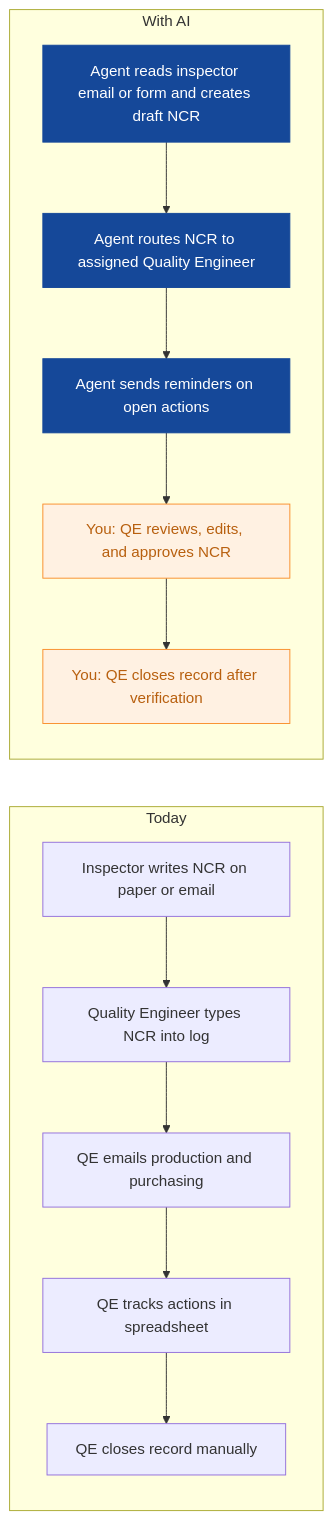
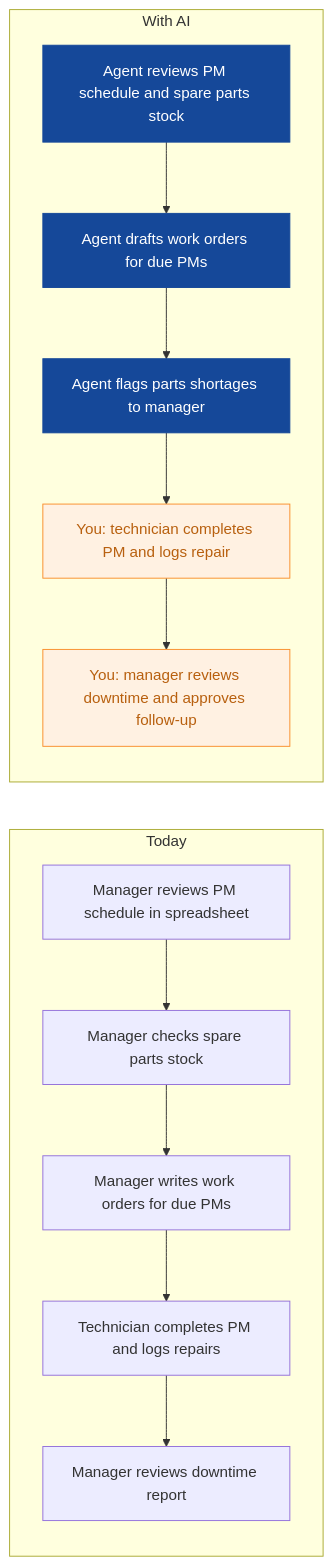
Before and after one commit to nexibeo/Complete-AI-Strategy: the seventh of 9 diagrams in strategies/ironleaf-manufacturing.md, drawn with Mermaid. The commit also changed other lines of this file and 26 other files, not shown here.

````diff
--- a/strategies/ironleaf-manufacturing.md
+++ b/strategies/ironleaf-manufacturing.md
@@ -224,23 +228,23 @@
 ```mermaid
 flowchart LR
   subgraph Today
-    B0["Inspector writes NCR on paper or email"]
-    B1["Quality Engineer types NCR into log"]
-    B2["QE emails production and purchasing"]
-    B3["QE tracks actions in spreadsheet"]
-    B4["QE closes record manually"]
+    B0["Manager reviews PM schedule in spreadsheet"]
+    B1["Manager checks spare parts stock"]
+    B2["Manager writes work orders for due PMs"]
+    B3["Technician completes PM and logs repairs"]
+    B4["Manager reviews downtime report"]
     B0 --> B1 --> B2 --> B3 --> B4
   end
   subgraph WithAI[With AI]
-    A0["Agent reads inspector email or form and creates draft NCR"]
-    A1["Agent routes NCR to assigned Quality Engineer"]
-    A2["Agent sends reminders on open actions"]
-    A3["You: QE reviews, edits, and approves NCR"]
-    A4["You: QE closes record after verification"]
+    A0["Agent reviews PM schedule and spare parts stock"]
+    A1["Agent drafts work orders for due PMs"]
+    A2["Agent flags parts shortages to manager"]
+    A3["You: technician completes PM and logs repair"]
+    A4["You: manager reviews downtime and approves follow-up"]
     A0 --> A1 --> A2 --> A3 --> A4
   end
   classDef ai fill:#154899,color:#fff,stroke:#154899
   classDef human fill:#FFF1E2,color:#B8600F,stroke:#F98F2C
   class A0,A1,A2 ai
   class A3,A4 human
 ```
````
